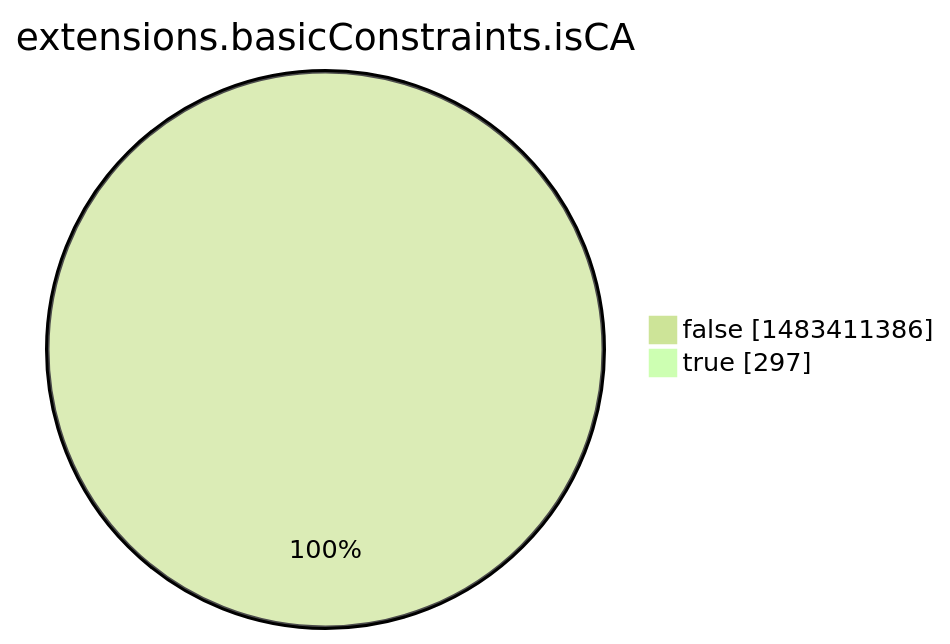
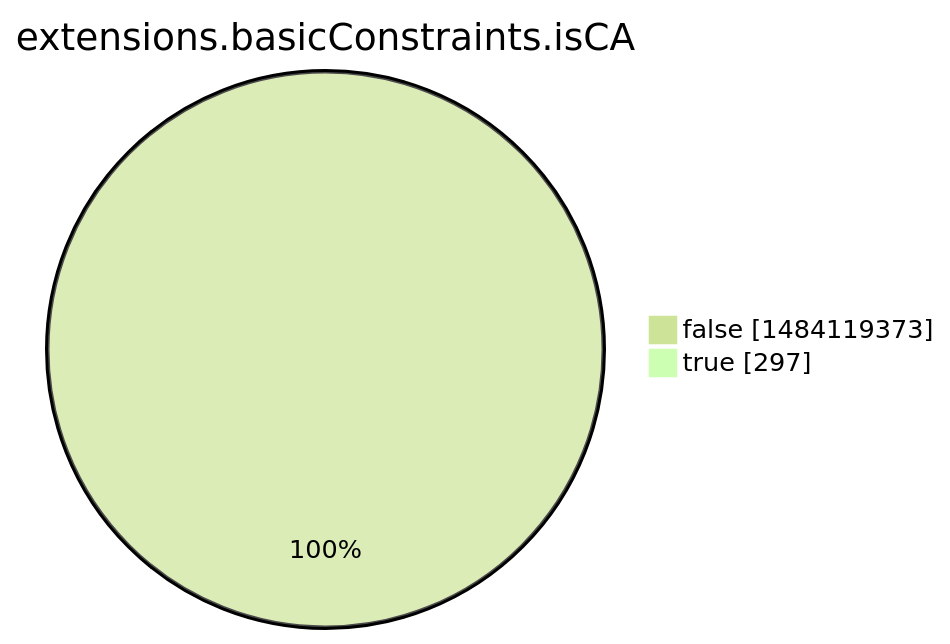
The eighth of 15 diagrams in argon2022/README.md (christiankrug/ctmonitor_visualization), drawn with Mermaid (forest theme) before and after one commit. The commit also changed other lines of this file, not shown here.

````diff
--- a/argon2022/README.md
+++ b/argon2022/README.md
@@ -2760,6 +2760,6 @@
 ```mermaid
 pie showData
 title extensions.basicConstraints.isCA
-"false" :1483411386
+"false" :1484119373
 "true" :297
 ```
````
